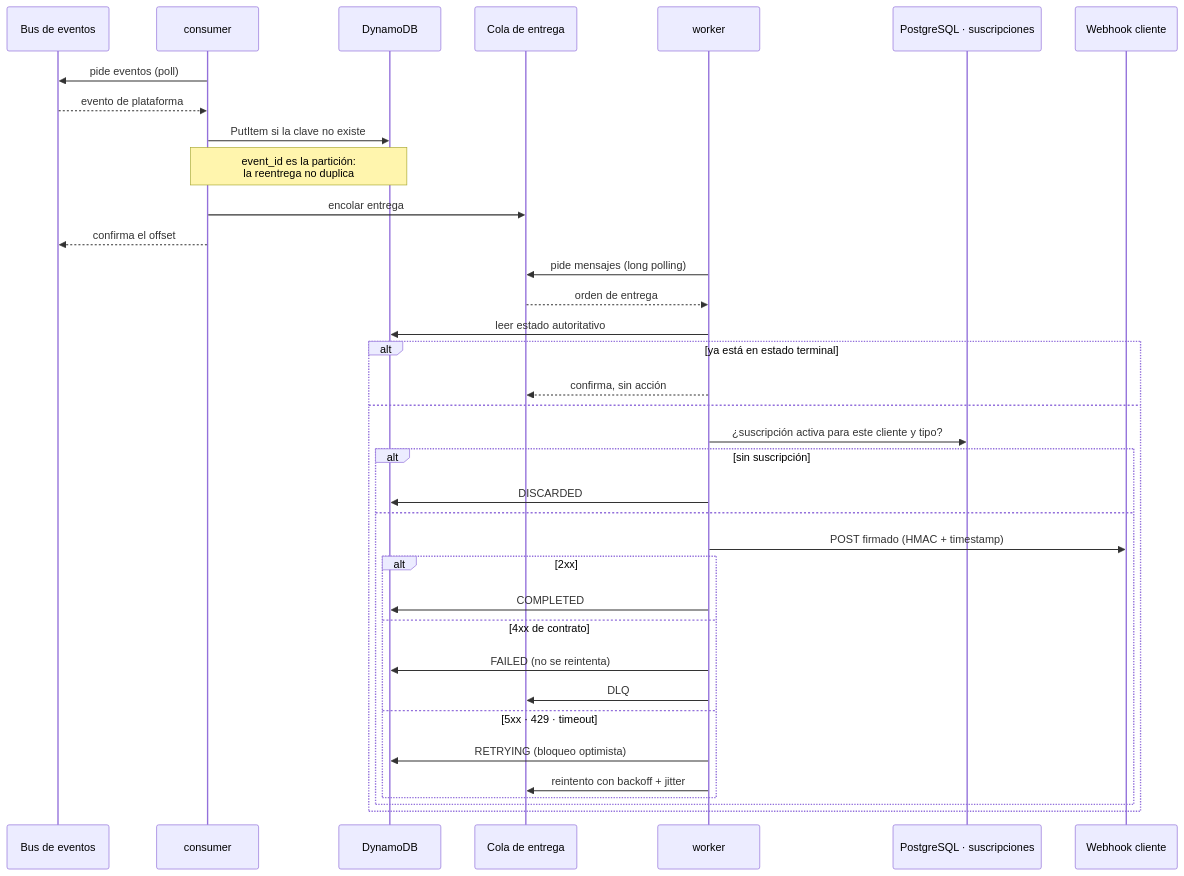
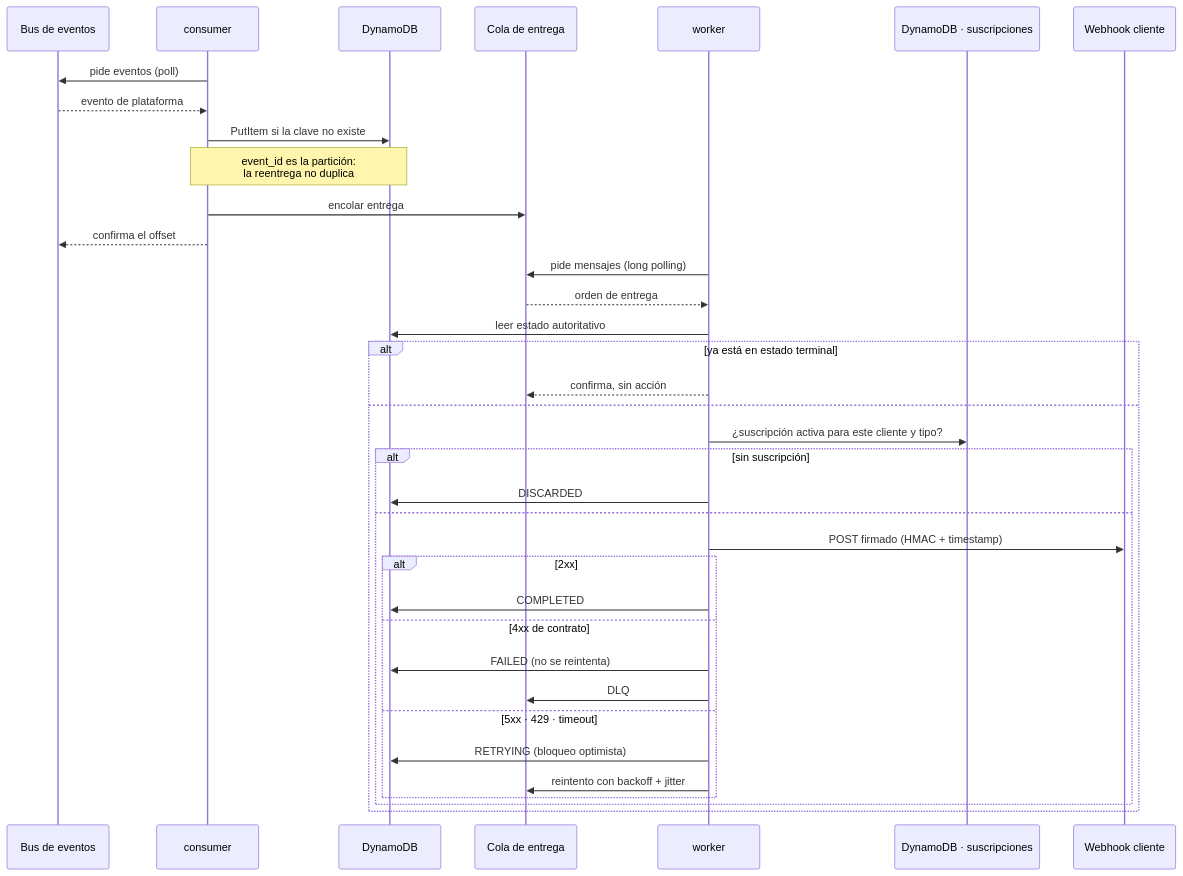
The fourth of 6 diagrams in docs/01-diseno-del-sistema.md (ssalaza7/cobre-notification-delivery), drawn with Mermaid before and after one commit. The commit also changed other lines of this file and 44 other files, not shown here.

````diff
--- a/docs/01-diseno-del-sistema.md
+++ b/docs/01-diseno-del-sistema.md
@@ -199,40 +201,40 @@
 ```mermaid
 sequenceDiagram
     participant K as Bus de eventos
     participant CON as consumer
     participant DB as DynamoDB
     participant Q as Cola de entrega
     participant W as worker
-    participant S as PostgreSQL · suscripciones
+    participant S as DynamoDB · suscripciones
     participant H as Webhook cliente
 
     CON->>K: pide eventos (poll)
     K-->>CON: evento de plataforma
     CON->>DB: PutItem si la clave no existe
     Note over CON,DB: event_id es la partición:<br/>la reentrega no duplica
     CON->>Q: encolar entrega
     CON-->>K: confirma el offset
 
     W->>Q: pide mensajes (long polling)
     Q-->>W: orden de entrega
     W->>DB: leer estado autoritativo
     alt ya está en estado terminal
         W-->>Q: confirma, sin acción
     else
         W->>S: ¿suscripción activa para este cliente y tipo?
         alt sin suscripción
             W->>DB: DISCARDED
         else
             W->>H: POST firmado (HMAC + timestamp)
             alt 2xx
                 W->>DB: COMPLETED
             else 4xx de contrato
                 W->>DB: FAILED (no se reintenta)
                 W->>Q: DLQ
             else 5xx · 429 · timeout
                 W->>DB: RETRYING (bloqueo optimista)
                 W->>Q: reintento con backoff + jitter
             end
         end
     end
 ```
````
